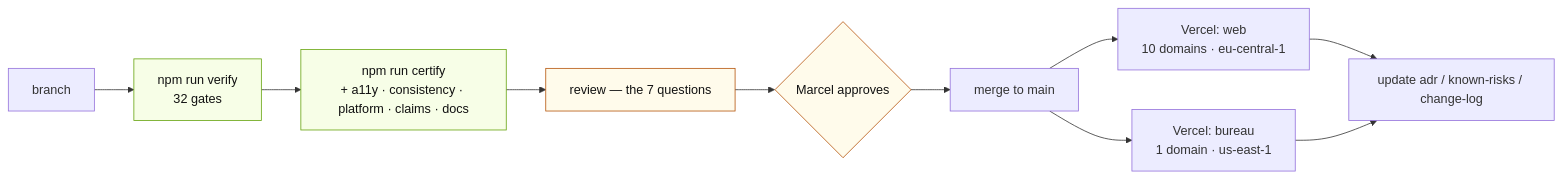
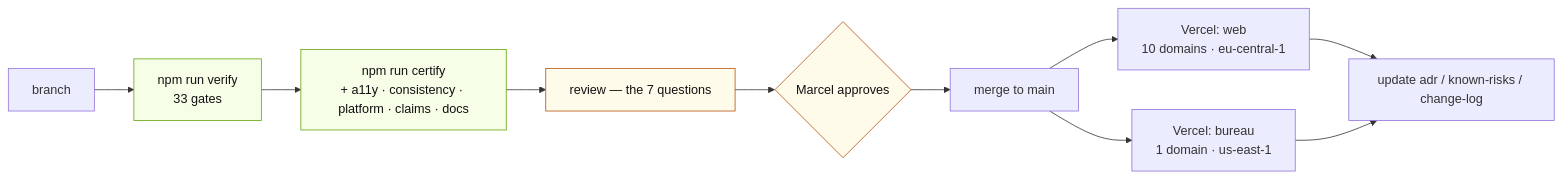
Before and after one commit to buddy1974/maxpromo.digital: the eighth of 10 diagrams in docs/architecture/diagrams.md, drawn with Mermaid. The commit also changed 41 other files, not shown here.

````diff
--- a/docs/architecture/diagrams.md
+++ b/docs/architecture/diagrams.md
@@ -276,19 +276,19 @@
 ```mermaid
 flowchart LR
-  BR["branch"] --> V["npm run verify<br/>32 gates"]
+  BR["branch"] --> V["npm run verify<br/>33 gates"]
   V --> C["npm run certify<br/>+ a11y · consistency · platform · claims · docs"]
   C --> REV["review — the 7 questions"]
   REV --> APP{"Marcel approves"}
   APP --> MERGE["merge to main"]
 
   MERGE --> VW["Vercel: web<br/>10 domains · eu-central-1"]
   MERGE --> VB["Vercel: bureau<br/>1 domain · us-east-1"]
 
   VW --> DOC["update adr / known-risks / change-log"]
   VB --> DOC
 
   classDef gate fill:#F7FEE7,stroke:#65A30D,color:#111111
   classDef human fill:#FFFBEB,stroke:#B45309,color:#111111
   class V,C gate
   class REV,APP human
 ```
````
